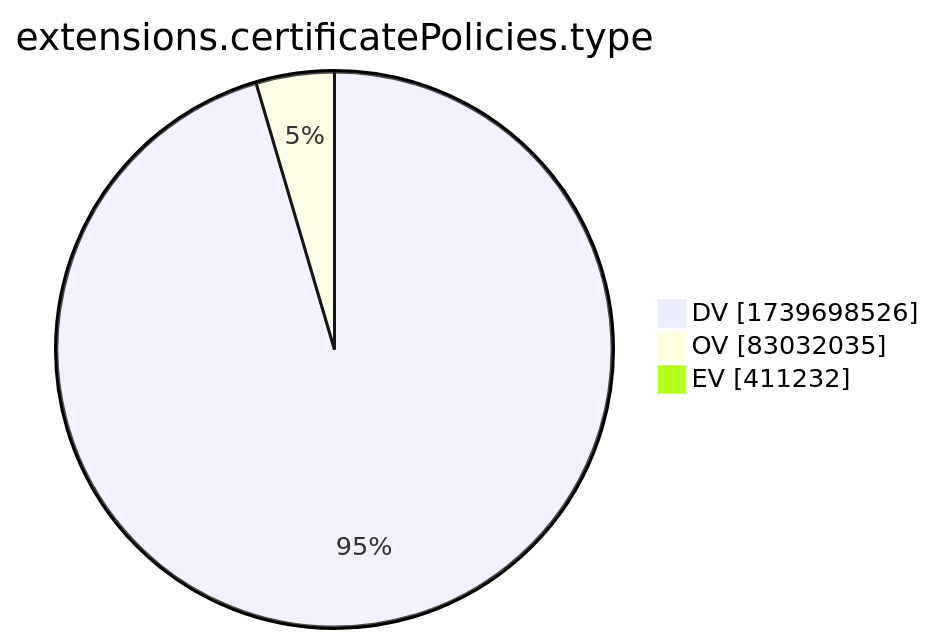
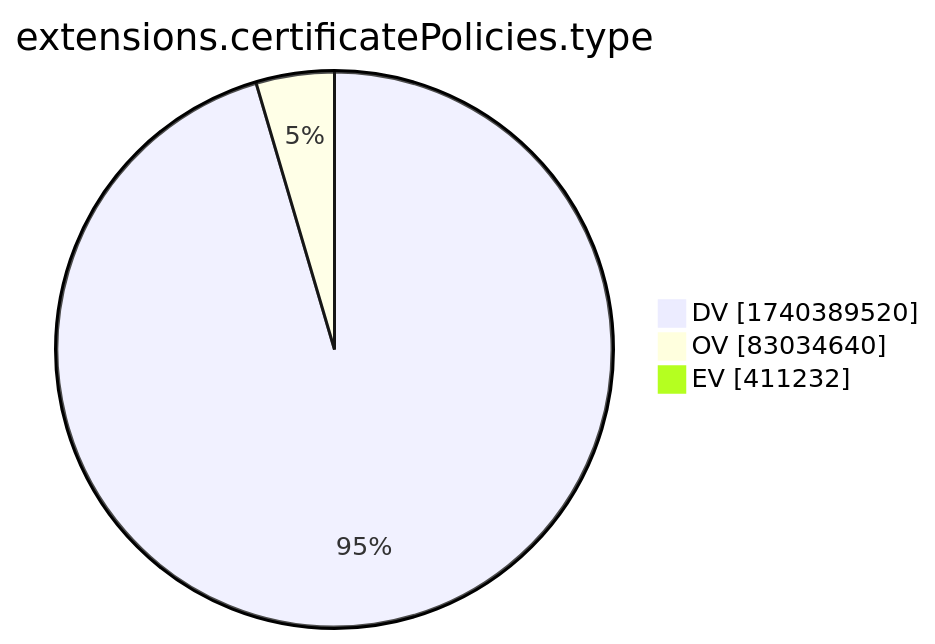
Before and after one commit to christiankrug/ctmonitor_visualization: the tenth of 15 diagrams in xenon2022/README.md, drawn with Mermaid. The commit also changed other lines of this file, not shown here.

````diff
--- a/xenon2022/README.md
+++ b/xenon2022/README.md
@@ -2881,7 +2881,7 @@
 ```mermaid
 pie showData
 title extensions.certificatePolicies.type
-"DV" :1739698526
-"OV" :83032035
+"DV" :1740389520
+"OV" :83034640
 "EV" :411232
 ```
````
